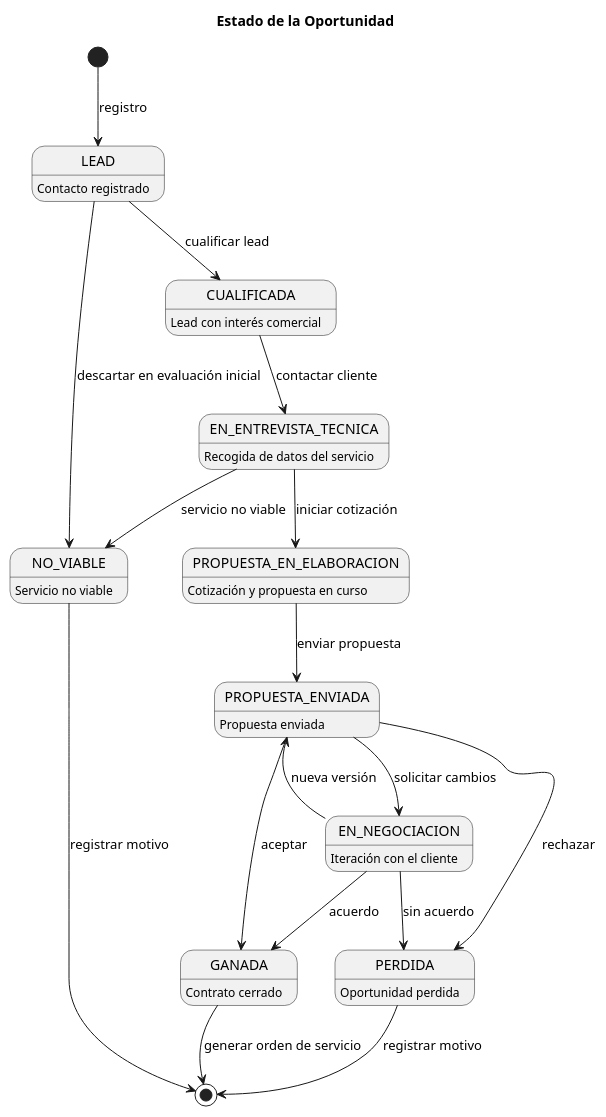
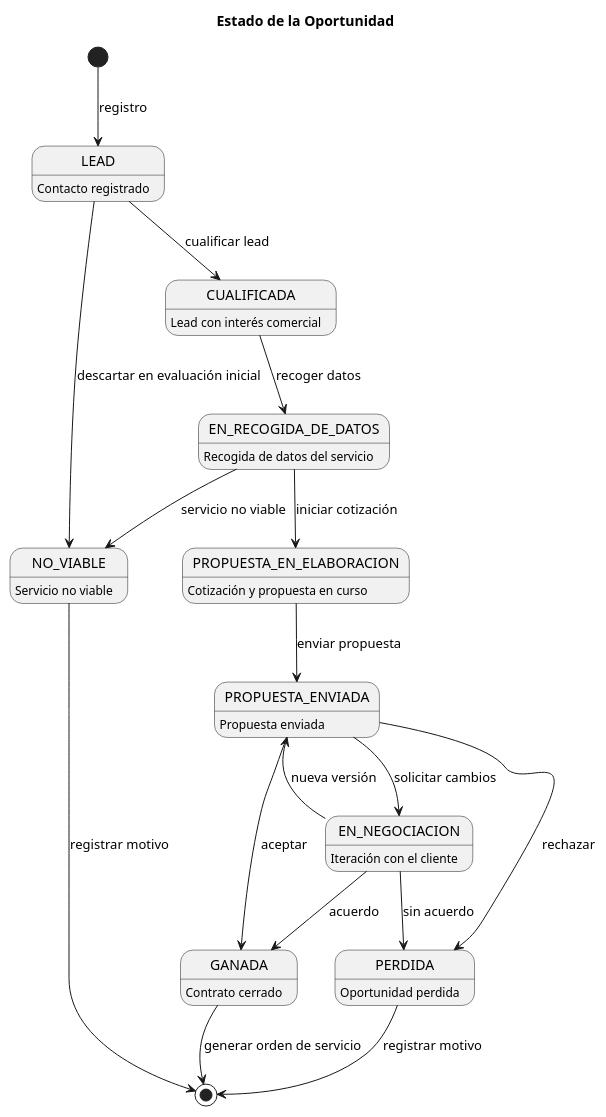
One commit to BrendaLopes/TFG-CRM-BROOKS changed the diagram in diagramas/estados/oportunidad.puml. Above: the diagram before and after it, drawn with PlantUML. The commit also changed 1 other file, not shown here.

```diff
--- a/diagramas/estados/oportunidad.puml
+++ b/diagramas/estados/oportunidad.puml
@@ -1,37 +1,37 @@
 @startuml
 title Estado de la Oportunidad
 
 [*] --> LEAD : registro
 
 LEAD --> NO_VIABLE : descartar en evaluación inicial
 LEAD --> CUALIFICADA : cualificar lead
 
-CUALIFICADA --> EN_ENTREVISTA_TECNICA : contactar cliente
-EN_ENTREVISTA_TECNICA --> NO_VIABLE : servicio no viable
-EN_ENTREVISTA_TECNICA --> PROPUESTA_EN_ELABORACION : iniciar cotización
+CUALIFICADA --> EN_RECOGIDA_DE_DATOS : recoger datos
+EN_RECOGIDA_DE_DATOS --> NO_VIABLE : servicio no viable
+EN_RECOGIDA_DE_DATOS --> PROPUESTA_EN_ELABORACION : iniciar cotización
 
 PROPUESTA_EN_ELABORACION --> PROPUESTA_ENVIADA : enviar propuesta
 
 PROPUESTA_ENVIADA --> EN_NEGOCIACION : solicitar cambios
 PROPUESTA_ENVIADA --> GANADA : aceptar
 PROPUESTA_ENVIADA --> PERDIDA : rechazar
 
 EN_NEGOCIACION --> PROPUESTA_ENVIADA : nueva versión
 EN_NEGOCIACION --> GANADA : acuerdo
 EN_NEGOCIACION --> PERDIDA : sin acuerdo
 
 GANADA --> [*] : generar orden de servicio
 PERDIDA --> [*] : registrar motivo
 NO_VIABLE --> [*] : registrar motivo
 
 LEAD : Contacto registrado
 CUALIFICADA : Lead con interés comercial
-EN_ENTREVISTA_TECNICA : Recogida de datos del servicio
+EN_RECOGIDA_DE_DATOS : Recogida de datos del servicio
 PROPUESTA_EN_ELABORACION : Cotización y propuesta en curso
 PROPUESTA_ENVIADA : Propuesta enviada
 EN_NEGOCIACION : Iteración con el cliente
 GANADA : Contrato cerrado
 PERDIDA : Oportunidad perdida
 NO_VIABLE : Servicio no viable
 
 @enduml
```
